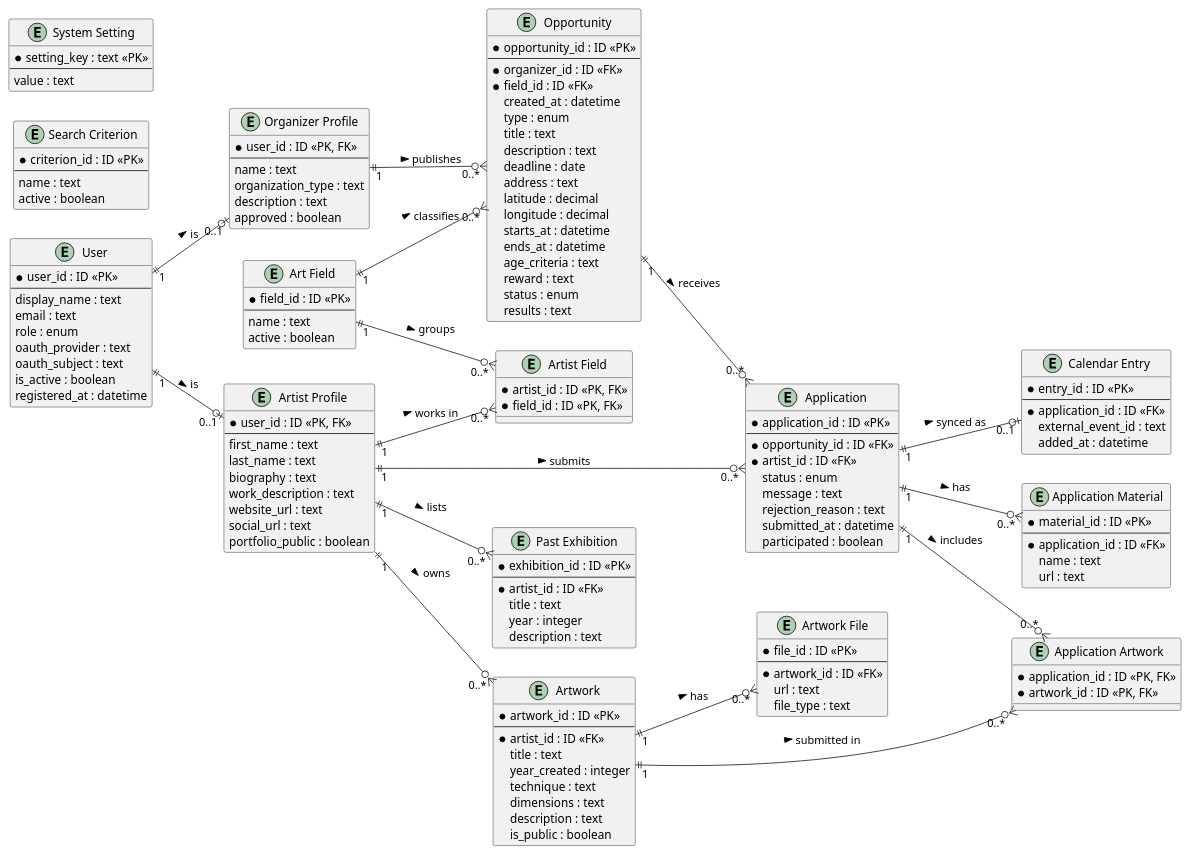
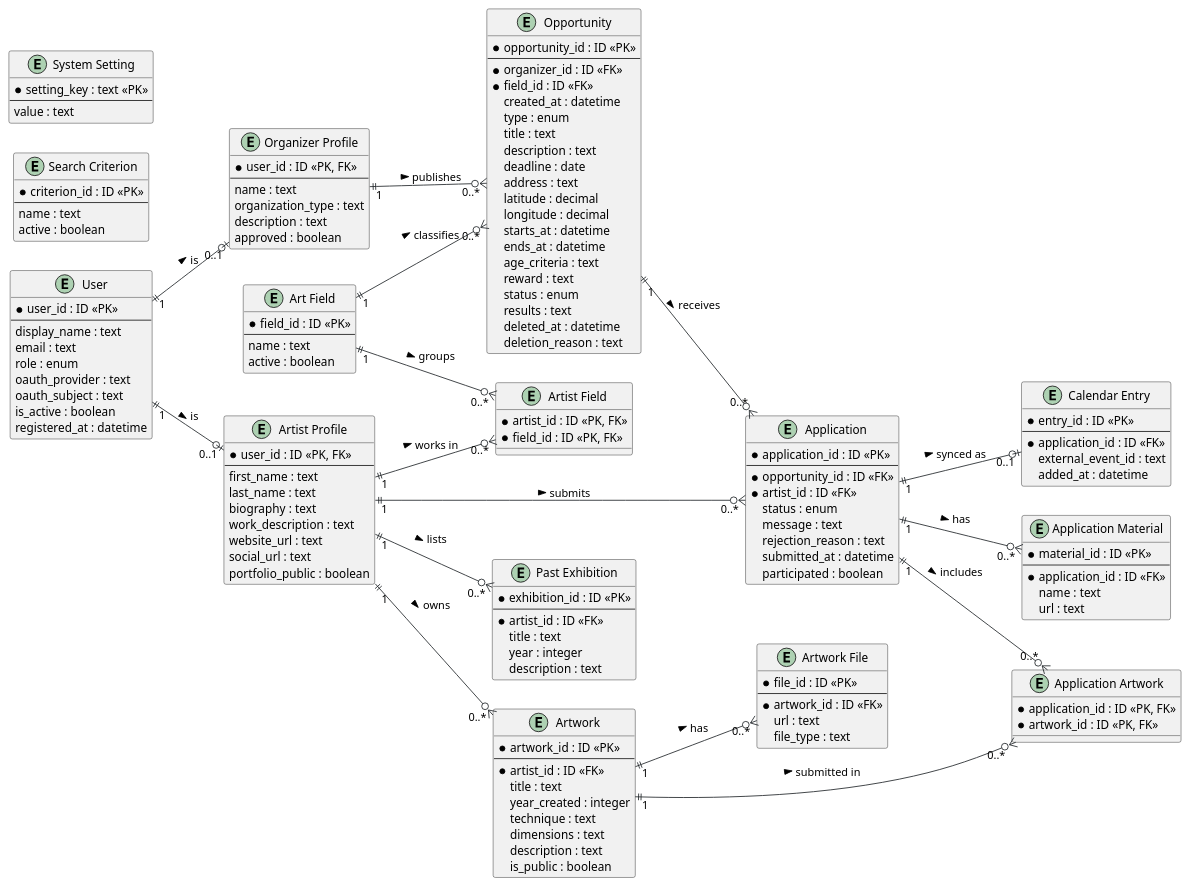
The diagram in docs/puml/4-2-artconnect-data-ERD.puml (kovaacicc/ArtConnect), drawn with PlantUML before and after one commit. The commit also changed 3 other files, not shown here.

Commit message:
Updated ERD, added docu for the tests

```diff
--- a/docs/puml/4-2-artconnect-data-ERD.puml
+++ b/docs/puml/4-2-artconnect-data-ERD.puml
@@ -166,6 +166,8 @@
   reward : text
   status : enum
   results : text
+  deleted_at : datetime
+  deletion_reason : text
 }
 
 entity "Application" as Application {
```
